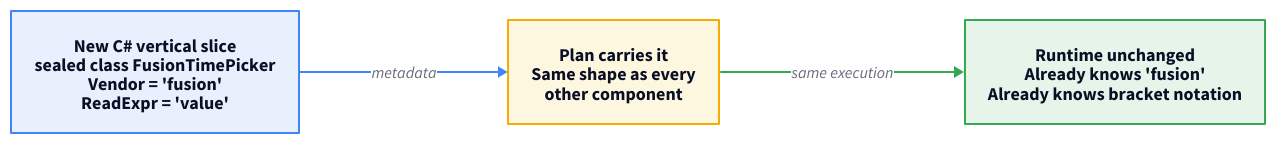
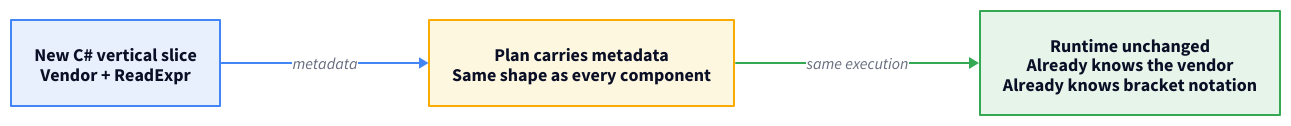
The second of 2 diagrams in docs-site/src/content/docs/architecture/component-model.mdx (marafiq/alis-reactive), drawn with D2 before and after one commit. The commit also changed other lines of this file and 2 other files, not shown here.

First line of the commit message:
docs: eliminate overlap between Runtime and Component Model pages

````diff
--- a/docs-site/src/content/docs/architecture/component-model.mdx
+++ b/docs-site/src/content/docs/architecture/component-model.mdx
@@ -127,31 +84,31 @@
 ```d2
 direction: right
 
-csharp: "New C# vertical slice\nsealed class FusionTimePicker\nVendor = 'fusion'\nReadExpr = 'value'" {
+csharp: "New C# vertical slice\nVendor + ReadExpr" {
   shape: rectangle
   style.fill: "#e8f0fe"
   style.stroke: "#4285f4"
   style.font-size: 18
 }
 
-plan: "Plan carries it\nSame shape as every\nother component" {
+plan: "Plan carries metadata\nSame shape as every component" {
   shape: rectangle
   style.fill: "#fef7e0"
   style.stroke: "#f9ab00"
   style.font-size: 18
 }
 
-runtime: "Runtime unchanged\nAlready knows 'fusion'\nAlready knows bracket notation" {
+runtime: "Runtime unchanged\nAlready knows the vendor\nAlready knows bracket notation" {
   shape: rectangle
   style.fill: "#e6f4ea"
   style.stroke: "#34a853"
   style.font-size: 18
 }
 
 csharp -> plan: metadata {
   style.stroke: "#4285f4"
 }
 plan -> runtime: same execution {
   style.stroke: "#34a853"
 }
 ```
````
